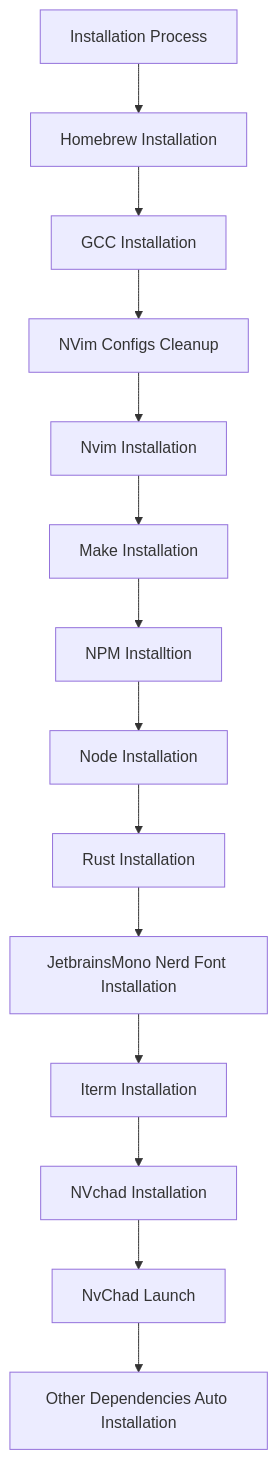
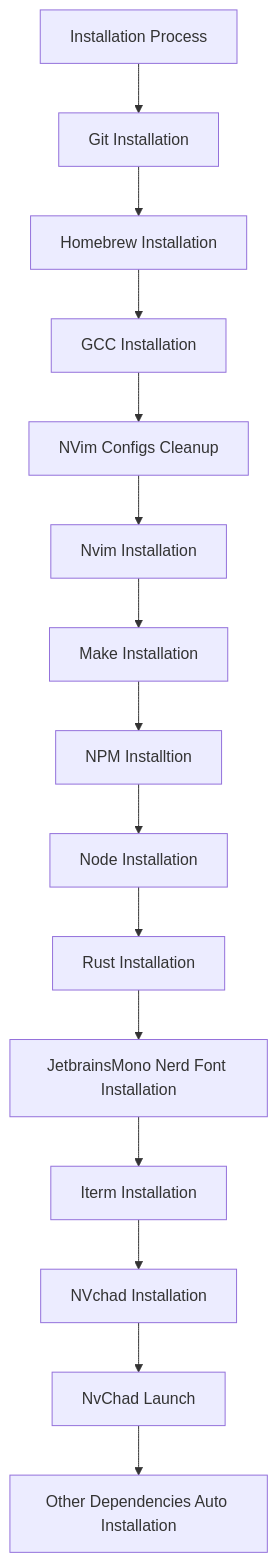
The diagram in README.md (StanislavOdnorog/NvChadMacStupidInstaller), drawn with Mermaid before and after one commit. The commit also changed other lines of this file, not shown here.

````diff
--- a/README.md
+++ b/README.md
@@ -10,16 +10,17 @@
 ```mermaid
 graph TD;
-    A[Installation Process]-->B[Homebrew Installation];
+    A[Installation Process]-->T[Git Installation];
+    T-->B[Homebrew Installation];
     B-->C[GCC Installation];
     C-->D[NVim Configs Cleanup];
     D-->E[Nvim Installation];
     E-->F[Make Installation];
     F-->G[NPM Installtion];
     G-->H[Node Installation];
     H-->I[Rust Installation];
     I-->J[JetbrainsMono Nerd Font Installation];
     J-->K[Iterm Installation];
     K-->L[NVchad Installation];
     L-->M[NvChad Launch];
     M-->N[Other Dependencies Auto Installation];
 ```
````
